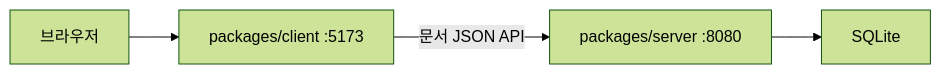
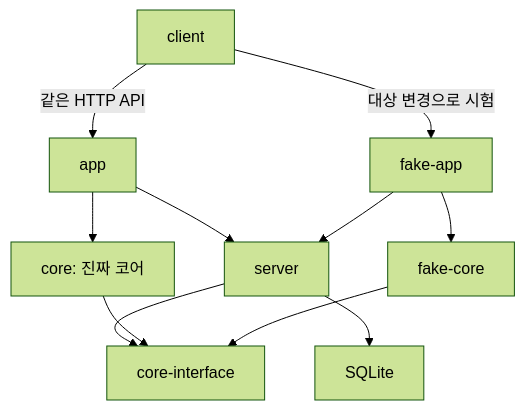
One commit to my-trash-bin/261030-codyssey-hackathon changed the diagram in docs/architecture.md. Above: the diagram before and after it, drawn with Mermaid (forest theme). The commit also changed other lines of this file and 49 other files, not shown here.

Commit message:
refactor: separate app and fake-app behind shared core interface

````diff
--- a/docs/architecture.md
+++ b/docs/architecture.md
@@ -5,6 +15,13 @@
 ```mermaid
-flowchart LR
-  B[브라우저] --> C[packages/client :5173]
-  C -->|문서 JSON API| S[packages/server :8080]
+flowchart TD
+  C[client] -->|같은 HTTP API| A[app]
+  C -->|대상 변경으로 시험| F[fake-app]
+  A --> S[server]
+  A --> R[core: 진짜 코어]
+  F --> S
+  F --> K[fake-core]
+  S --> I[core-interface]
+  R --> I
+  K --> I
   S --> D[SQLite]
 ```
````
